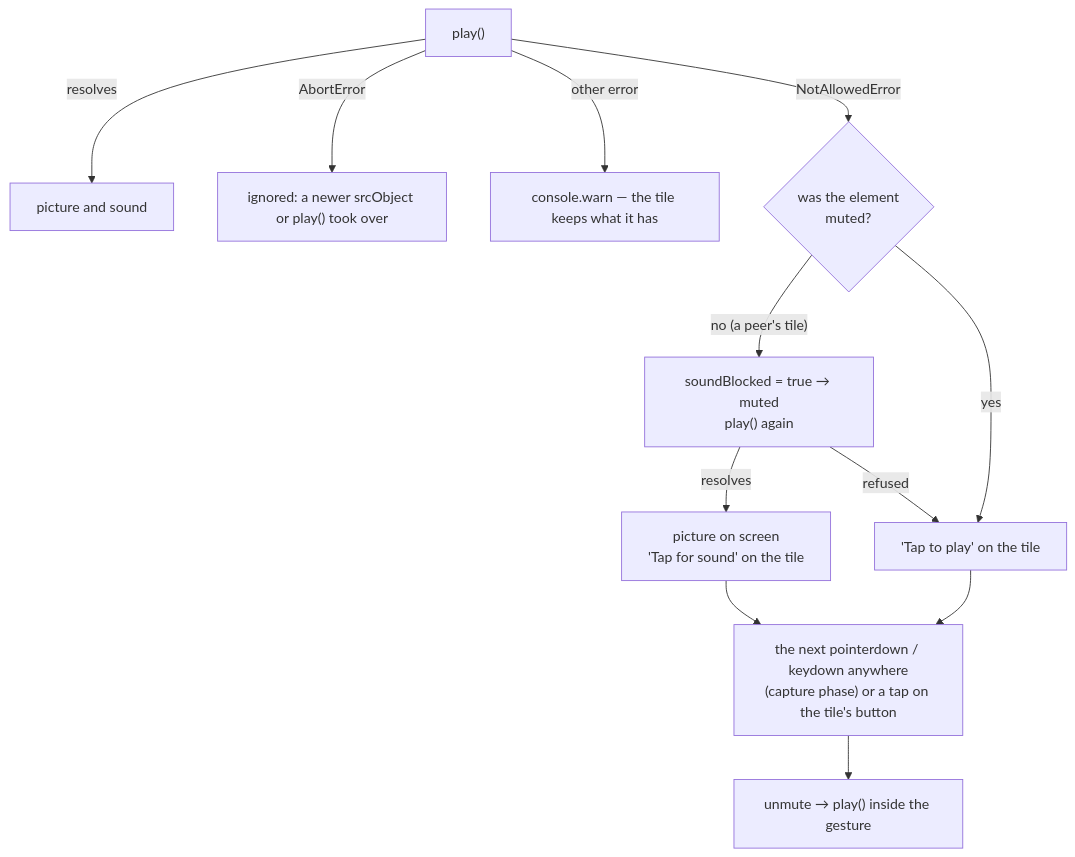
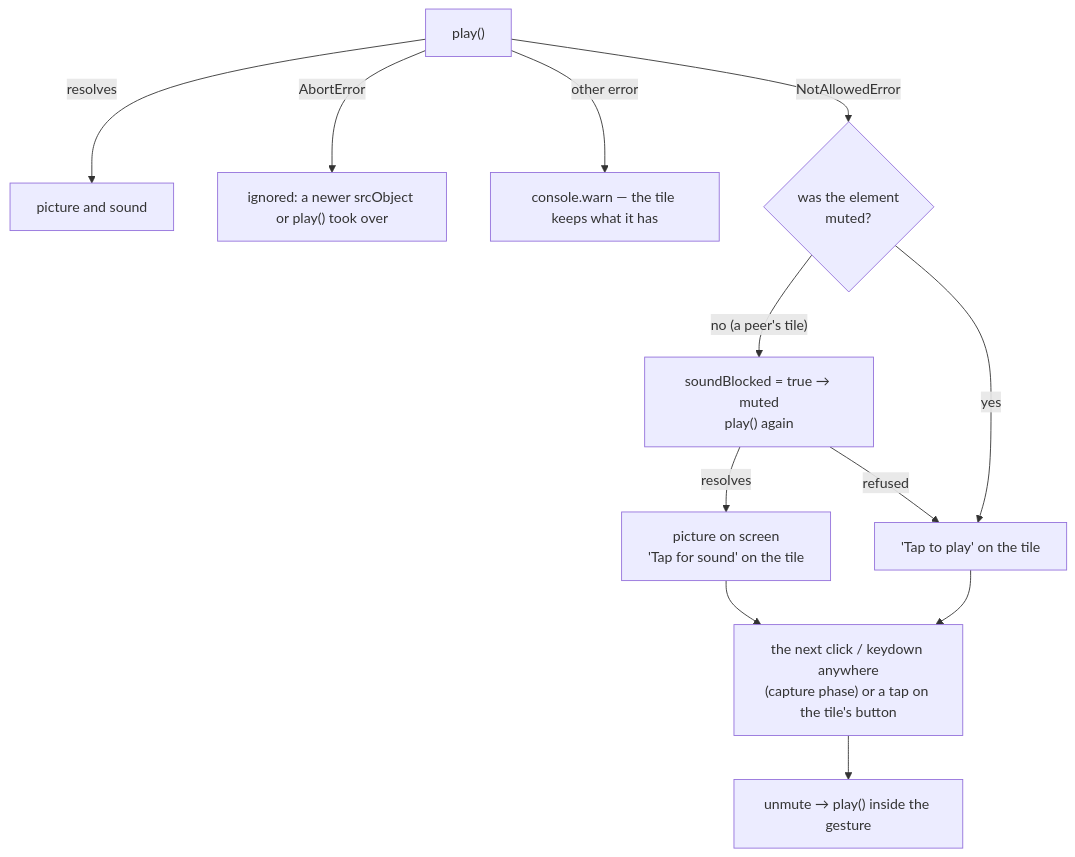
The diagram in docs/fr/FR-124-black-call-tile-says-why.md (gjovanov/roomler-ai), drawn with Mermaid before and after one commit. The commit also changed other lines of this file and 15 other files, not shown here.

````diff
--- a/docs/fr/FR-124-black-call-tile-says-why.md
+++ b/docs/fr/FR-124-black-call-tile-says-why.md
@@ -84,13 +85,13 @@
 ```mermaid
 flowchart TB
     P["play()"] -->|resolves| OK["picture and sound"]
     P -->|AbortError| IGN["ignored: a newer srcObject or play() took over"]
     P -->|other error| LOG["console.warn — the tile keeps what it has"]
     P -->|NotAllowedError| M{"was the element<br/>muted?"}
     M -->|"no (a peer's tile)"| MUTE["soundBlocked = true → muted<br/>play() again"]
     MUTE -->|resolves| SND["picture on screen<br/>'Tap for sound' on the tile"]
     MUTE -->|refused| TAP["'Tap to play' on the tile"]
     M -->|yes| TAP
-    SND & TAP --> G["the next pointerdown / keydown anywhere<br/>(capture phase) or a tap on the tile's button"]
+    SND & TAP --> G["the next click / keydown anywhere<br/>(capture phase) or a tap on the tile's button"]
     G --> R["unmute → play() inside the gesture"]
 ```
````
